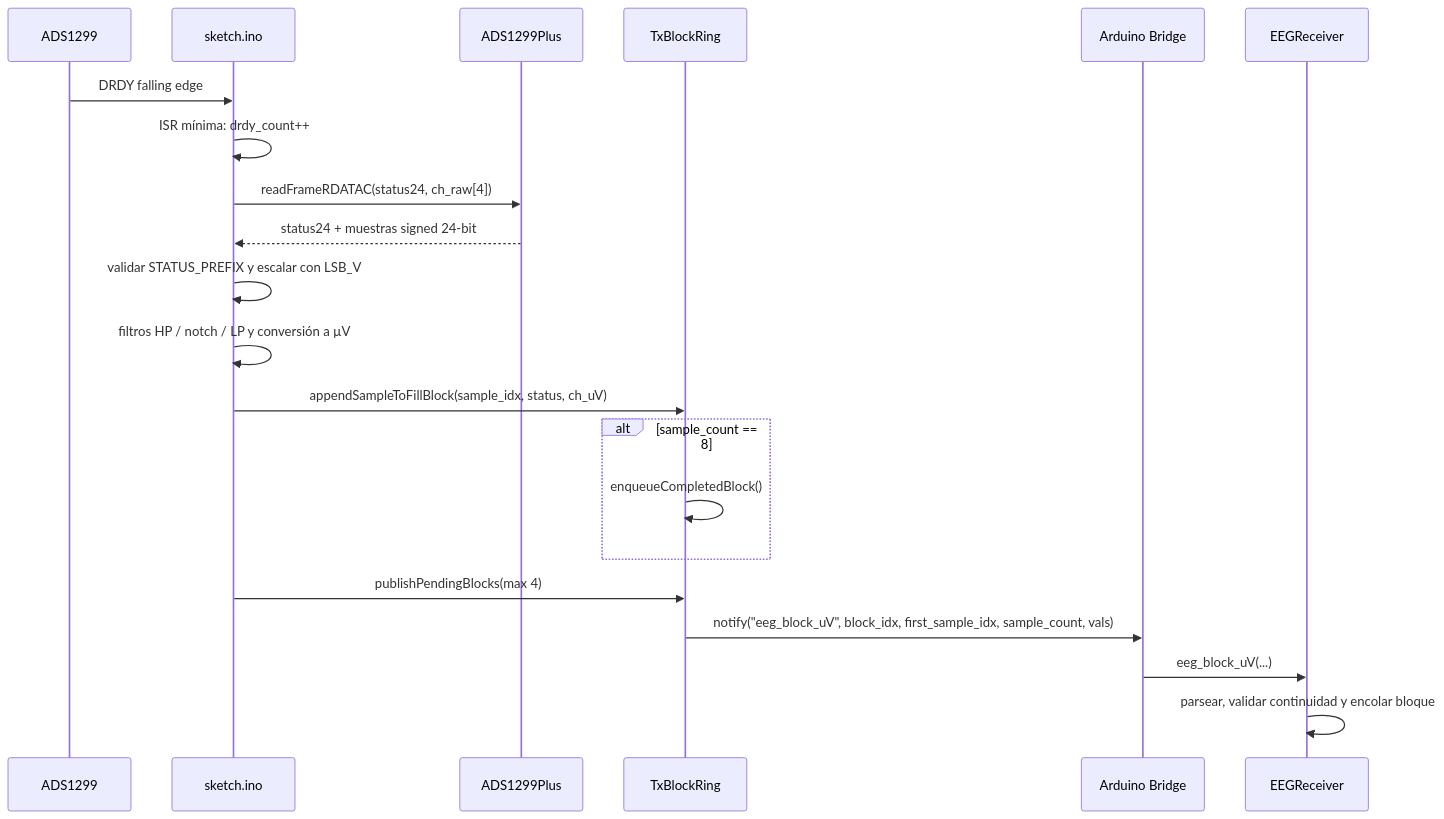
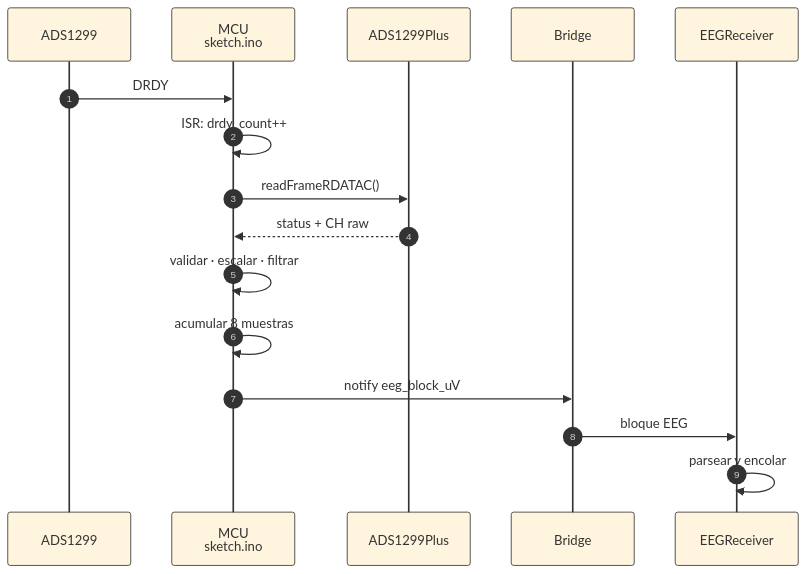
Before and after one commit to valtorresm97/REDACCION-TFG: the diagram in TFG_EEG_MIDI/images/uml/impl_secuencia_drdy_rdatac.mmd, drawn with Mermaid.

Commit message:
Redesign DRDY sequence diagram for readability

```diff
--- a/TFG_EEG_MIDI/images/uml/impl_secuencia_drdy_rdatac.mmd
+++ b/TFG_EEG_MIDI/images/uml/impl_secuencia_drdy_rdatac.mmd
@@ -1,22 +1,17 @@
+%%{init: {"theme": "base", "themeVariables": {"fontSize": "22px", "fontFamily": "Arial", "primaryBorderColor": "#333333", "lineColor": "#333333"}, "sequence": {"useMaxWidth": true, "showSequenceNumbers": true, "diagramMarginX": 18, "diagramMarginY": 12, "boxMargin": 8, "noteMargin": 8, "messageMargin": 28}}}%%
 sequenceDiagram
   participant ADS as ADS1299
-  participant MCU as sketch.ino
-  participant Driver as ADS1299Plus
-  participant Ring as TxBlockRing
-  participant Bridge as Arduino Bridge
+  participant MCU as MCU<br/>sketch.ino
+  participant DRV as ADS1299Plus
+  participant BR as Bridge
   participant RX as EEGReceiver
 
-  ADS->>MCU: DRDY falling edge
-  MCU->>MCU: ISR mínima: drdy_count++
-  MCU->>Driver: readFrameRDATAC(status24, ch_raw[4])
-  Driver-->>MCU: status24 + muestras signed 24-bit
-  MCU->>MCU: validar STATUS_PREFIX y escalar con LSB_V
-  MCU->>MCU: filtros HP / notch / LP y conversión a µV
-  MCU->>Ring: appendSampleToFillBlock(sample_idx, status, ch_uV)
-  alt sample_count == 8
-    Ring->>Ring: enqueueCompletedBlock()
-  end
-  MCU->>Ring: publishPendingBlocks(max 4)
-  Ring->>Bridge: notify("eeg_block_uV", block_idx, first_sample_idx, sample_count, vals)
-  Bridge->>RX: eeg_block_uV(...)
-  RX->>RX: parsear, validar continuidad y encolar bloque
+  ADS->>MCU: DRDY
+  MCU->>MCU: ISR: drdy_count++
+  MCU->>DRV: readFrameRDATAC()
+  DRV-->>MCU: status + CH raw
+  MCU->>MCU: validar · escalar · filtrar
+  MCU->>MCU: acumular 8 muestras
+  MCU->>BR: notify eeg_block_uV
+  BR->>RX: bloque EEG
+  RX->>RX: parsear y encolar
```
